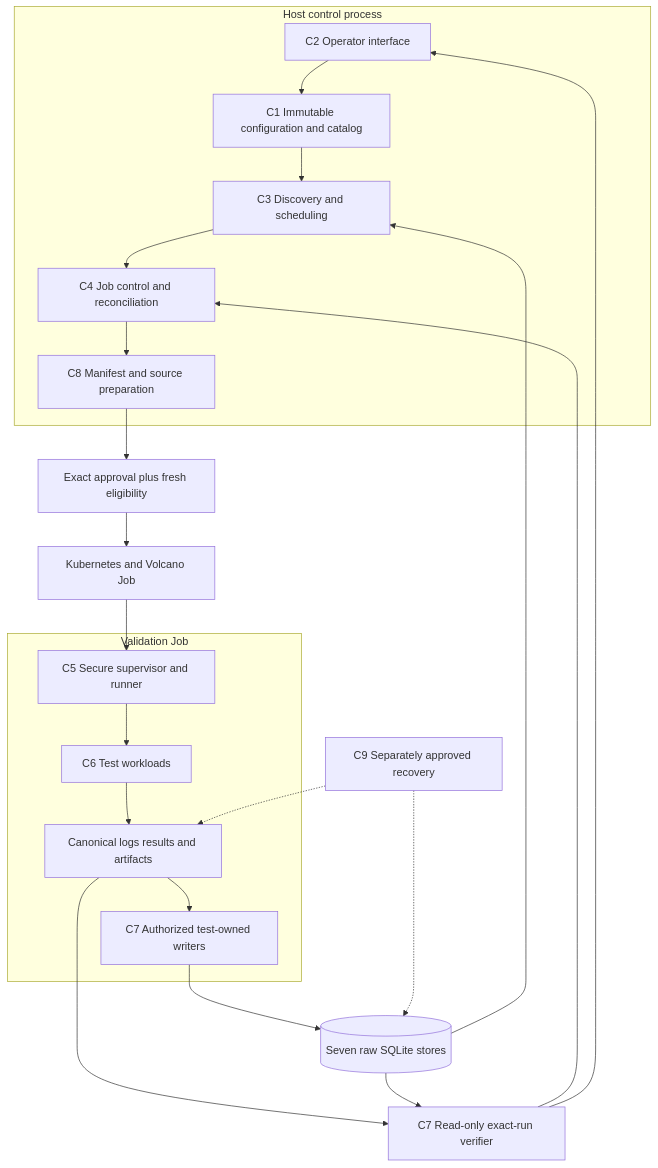
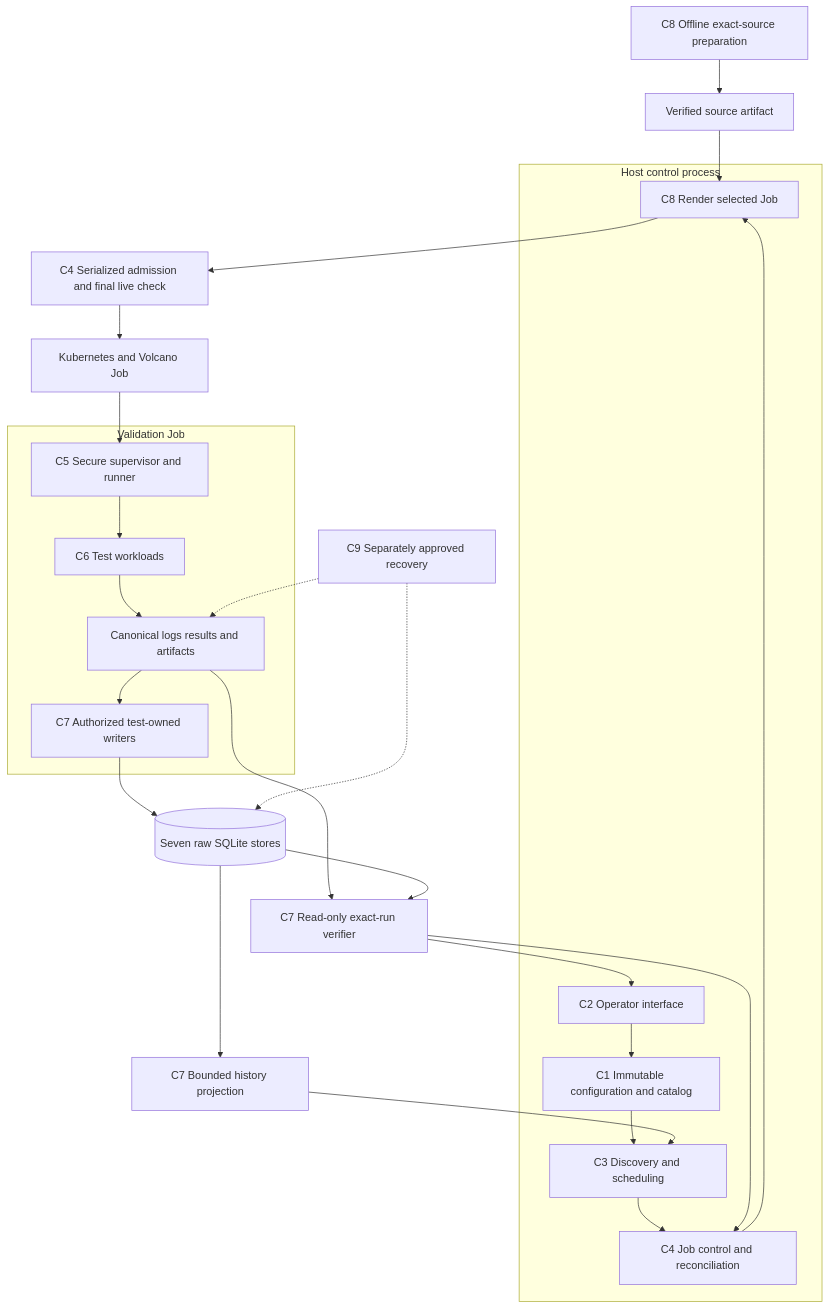
The first of 2 diagrams in docs/components_design/Redesign.md (IamNirmata/c-val), drawn with Mermaid before and after one commit. The commit also changed other lines of this file and 11 other files, not shown here.

````diff
--- a/docs/components_design/Redesign.md
+++ b/docs/components_design/Redesign.md
@@ -46,25 +65,28 @@
 ```mermaid
 flowchart TB
+   PreparedSource[C8 Offline exact-source preparation] --> Bundle[Verified source artifact]
     subgraph Host[Host control process]
         C2[C2 Operator interface] --> C1[C1 Immutable configuration and catalog]
         C1 --> C3[C3 Discovery and scheduling]
         C3 --> C4[C4 Job control and reconciliation]
-        C4 --> C8[C8 Manifest and source preparation]
+      C4 --> Render[C8 Render selected Job]
     end
-    C8 --> Gate[Exact approval plus fresh eligibility]
+   Bundle --> Render
+   Render --> Gate[C4 Serialized admission and final live check]
     Gate --> Cluster[Kubernetes and Volcano Job]
     subgraph Pod[Validation Job]
         C5[C5 Secure supervisor and runner] --> C6[C6 Test workloads]
         C6 --> Files[Canonical logs results and artifacts]
         Files --> Writer[C7 Authorized test-owned writers]
     end
     Cluster --> C5
     Writer --> Raw[(Seven raw SQLite stores)]
     Files --> Verify[C7 Read-only exact-run verifier]
     Raw --> Verify
     Verify --> C4
-    Raw --> C3
+   Raw --> History[C7 Bounded history projection]
+   History --> C3
     Verify --> C2
     C9[C9 Separately approved recovery] -.-> Files
     C9 -.-> Raw
 ```
````
